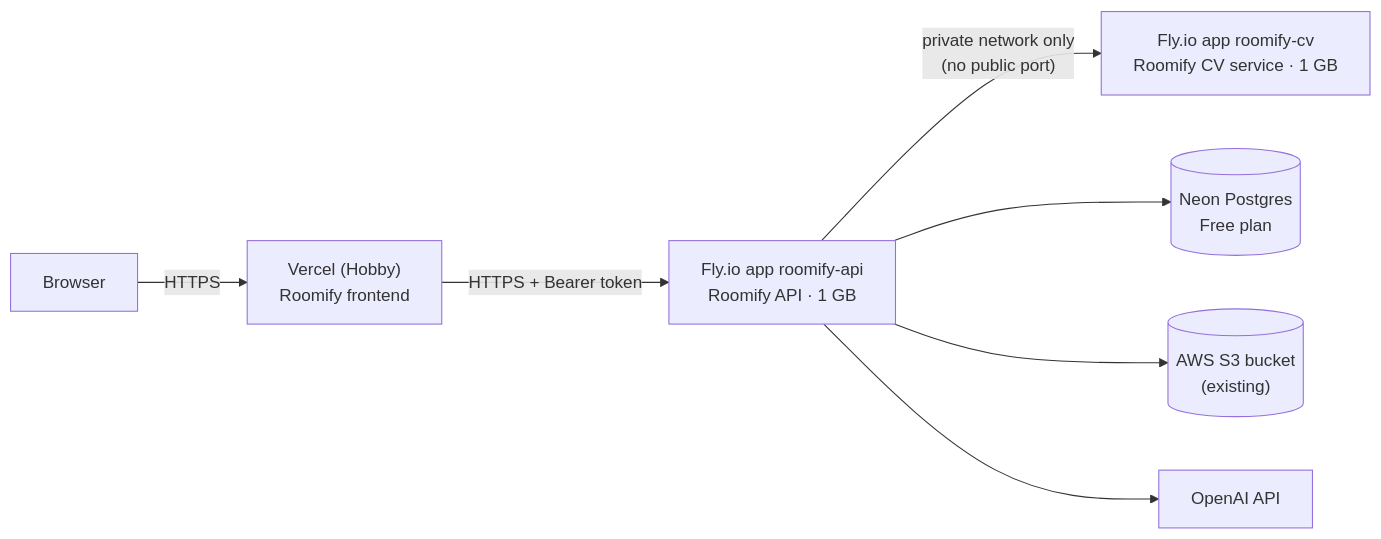
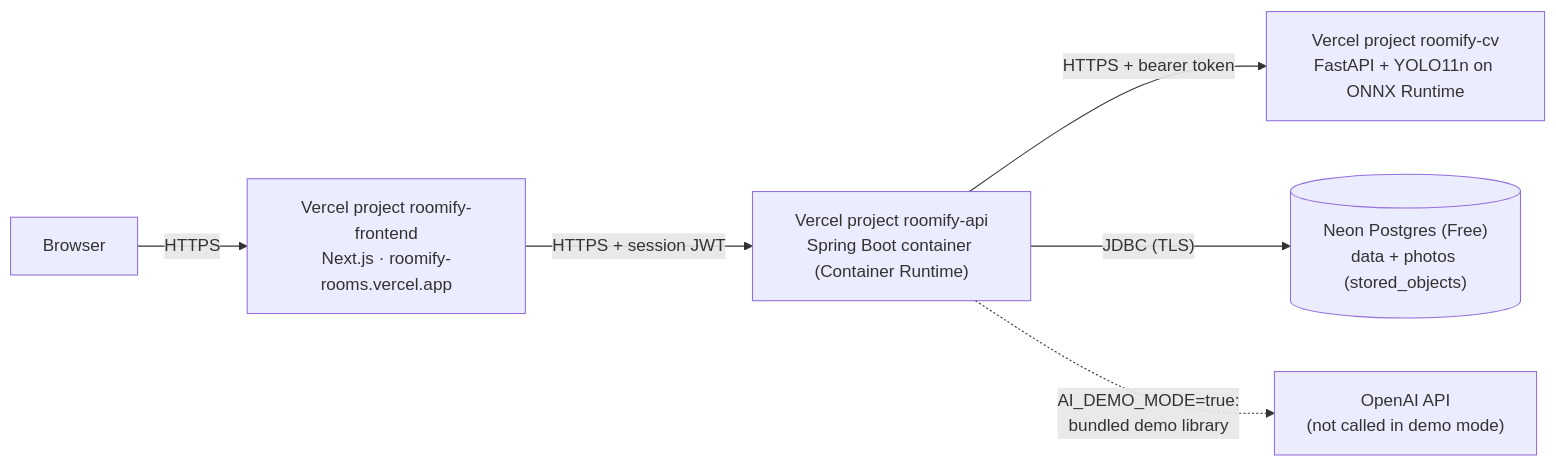
The diagram in docs/submission/architecture/deployment.mmd (Bootcamp2Roomify/roomify_backend), drawn with Mermaid before and after one commit. The commit also changed 37 other files, not shown here.

First line of the commit message:
docs: live on Vercel (v1.0.1), final silent video, ONNX evaluation (#58)

```diff
--- a/docs/submission/architecture/deployment.mmd
+++ b/docs/submission/architecture/deployment.mmd
@@ -1,8 +1,7 @@
-%% Roomify proposed deployment (not deployed). Rendered by docs/submission/build.sh.
+%% Roomify live deployment (2026-10-26). Rendered by docs/submission/build.sh.
 flowchart LR
-  B["Browser"] -- HTTPS --> V["Vercel (Hobby)<br/>Roomify frontend"]
-  V -- "HTTPS + Bearer token" --> A["Fly.io app roomify-api<br/>Roomify API · 1 GB"]
-  A -- "private network only<br/>(no public port)" --> C["Fly.io app roomify-cv<br/>Roomify CV service · 1 GB"]
-  A --> N[("Neon Postgres<br/>Free plan")]
-  A --> S[("AWS S3 bucket<br/>(existing)")]
-  A --> O["OpenAI API"]
+  B["Browser"] -- HTTPS --> V["Vercel project roomify-frontend<br/>Next.js · roomify-rooms.vercel.app"]
+  V -- "HTTPS + session JWT" --> A["Vercel project roomify-api<br/>Spring Boot container (Container Runtime)"]
+  A -- "HTTPS + bearer token" --> C["Vercel project roomify-cv<br/>FastAPI + YOLO11n on ONNX Runtime"]
+  A -- "JDBC (TLS)" --> N[("Neon Postgres (Free)<br/>data + photos (stored_objects)")]
+  A -. "AI_DEMO_MODE=true:<br/>bundled demo library" .-> O["OpenAI API<br/>(not called in demo mode)"]
```
